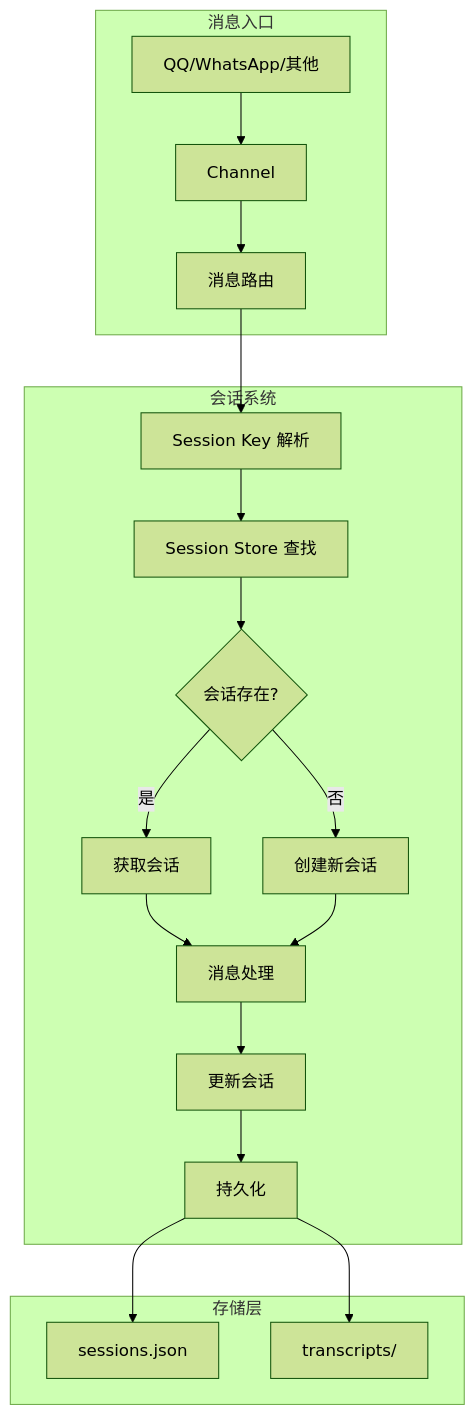
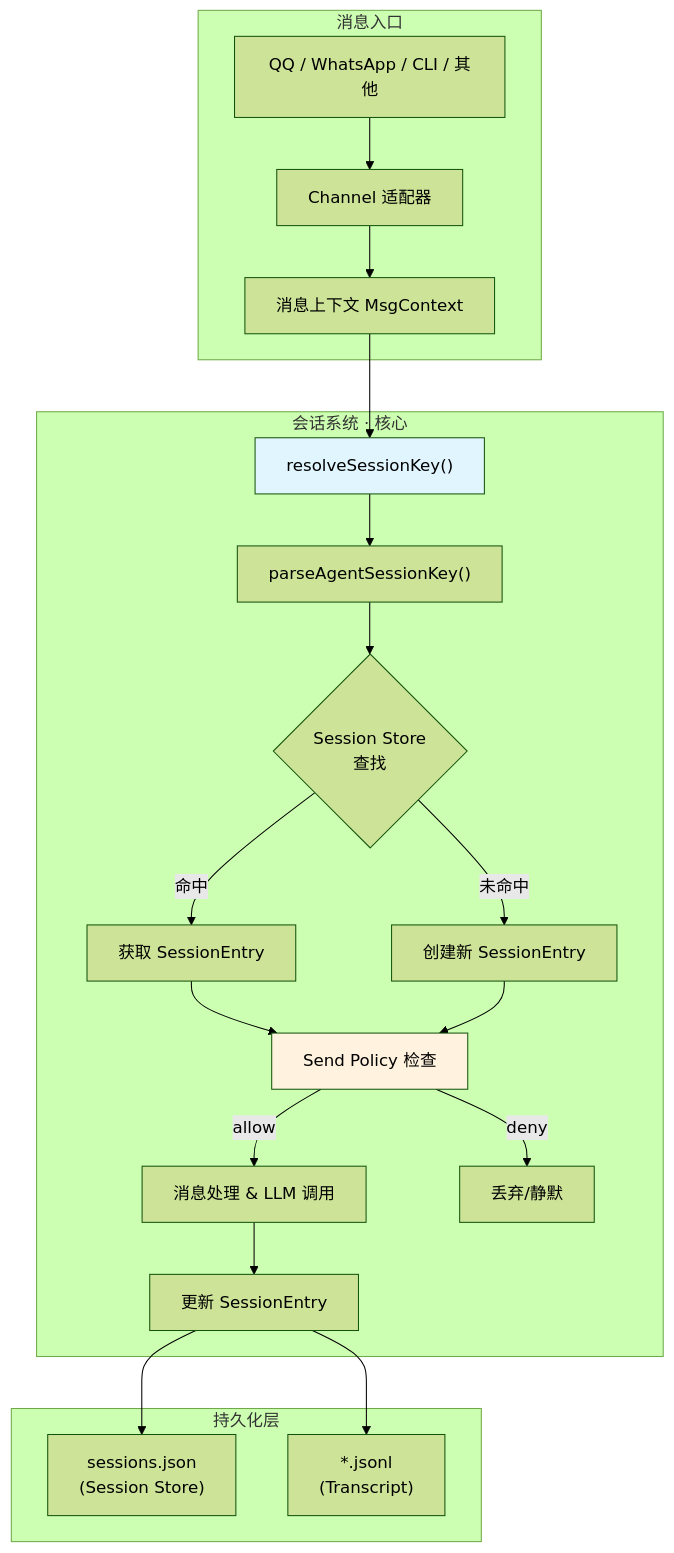
The first of 12 diagrams in openclaw/OPENCLAW-SESSIONS.md (caicongyang/bloger), drawn with Mermaid (forest theme) before and after one commit. The commit also changed other lines of this file and 13 other files, not shown here.

````diff
--- a/openclaw/OPENCLAW-SESSIONS.md
+++ b/openclaw/OPENCLAW-SESSIONS.md
@@ -60,24 +51,28 @@
 ```mermaid
 graph TB
     subgraph "消息入口"
-        A[QQ/WhatsApp/其他] --> B[Channel]
-        B --> C[消息路由]
+        A[QQ / WhatsApp / CLI / 其他] --> B[Channel 适配器]
+        B --> C[消息上下文 MsgContext]
     end
-    
-    subgraph "会话系统"
-        C --> D[Session Key 解析]
-        D --> E[Session Store 查找]
-        E --> F{会话存在?}
-        F -->|是| G[获取会话]
-        F -->|否| H[创建新会话]
-        G --> I[消息处理]
+
+    subgraph "会话系统 · 核心"
+        C --> D["resolveSessionKey()"]
+        D --> E["parseAgentSessionKey()"]
+        E --> F{"Session Store\n查找"}
+        F -->|命中| G[获取 SessionEntry]
+        F -->|未命中| H[创建新 SessionEntry]
+        G --> I["Send Policy 检查"]
         H --> I
-        I --> J[更新会话]
-        J --> K[持久化]
+        I -->|allow| J[消息处理 & LLM 调用]
+        I -->|deny| K[丢弃/静默]
+        J --> L["更新 SessionEntry"]
     end
-    
-    subgraph "存储层"
-        K --> L[sessions.json]
-        K --> M[transcripts/]
+
+    subgraph "持久化层"
+        L --> M["sessions.json\n(Session Store)"]
+        L --> N["*.jsonl\n(Transcript)"]
     end
+
+    style D fill:#e1f5fe
+    style I fill:#fff3e0
 ```
````
